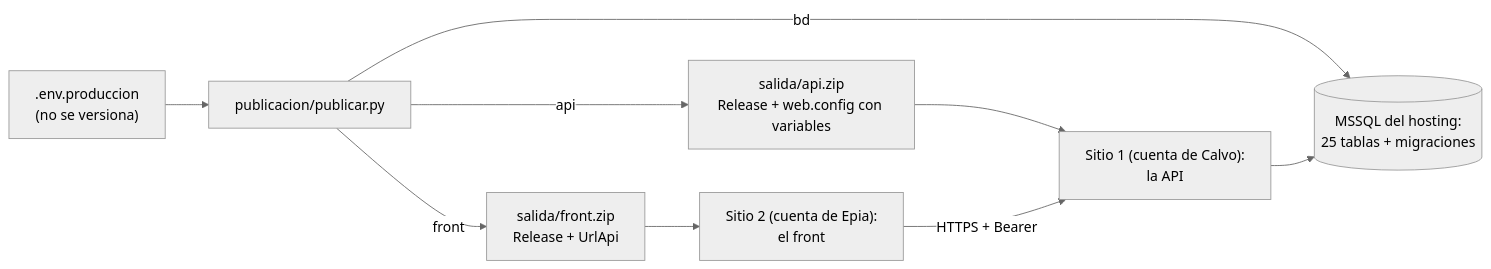
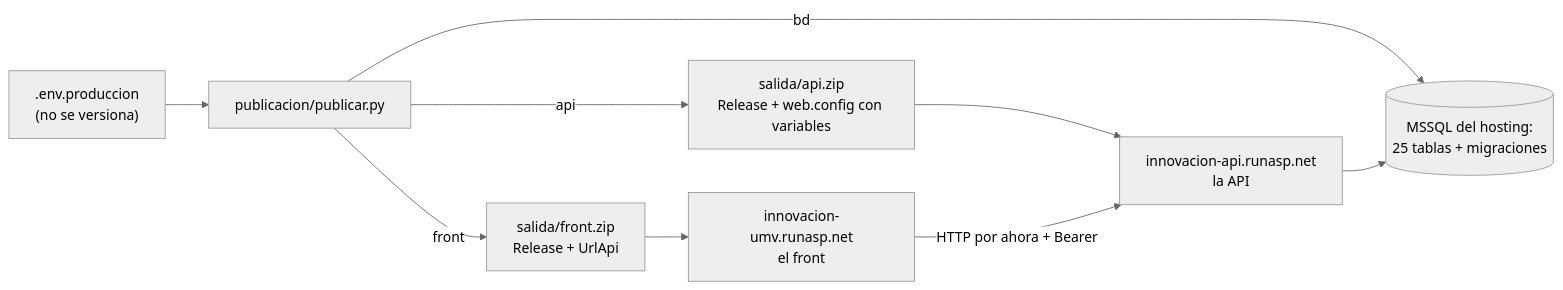
Before and after one commit to MrEpia/innovacioncurricular: the second of 2 diagrams in docs/spec_kit/versiones/v4_publicacion/3_plan.md, drawn with Mermaid (neutral theme). The commit also changed 8 other files, not shown here.

````diff
--- a/docs/spec_kit/versiones/v4_publicacion/3_plan.md
+++ b/docs/spec_kit/versiones/v4_publicacion/3_plan.md
@@ -65,11 +65,11 @@
 ```mermaid
 flowchart LR
     E[".env.produccion<br/>(no se versiona)"] --> P["publicacion/publicar.py"]
     P -->|bd| BD[("MSSQL del hosting:<br/>25 tablas + migraciones")]
     P -->|api| ZA["salida/api.zip<br/>Release + web.config con variables"]
     P -->|front| ZF["salida/front.zip<br/>Release + UrlApi"]
-    ZA --> SA["Sitio 1 (cuenta de Calvo):<br/>la API"]
-    ZF --> SF["Sitio 2 (cuenta de Epia):<br/>el front"]
-    SF -->|HTTPS + Bearer| SA
+    ZA --> SA["innovacion-api.runasp.net<br/>la API"]
+    ZF --> SF["innovacion-umv.runasp.net<br/>el front"]
+    SF -->|HTTP por ahora + Bearer| SA
     SA --> BD
 ```
````
